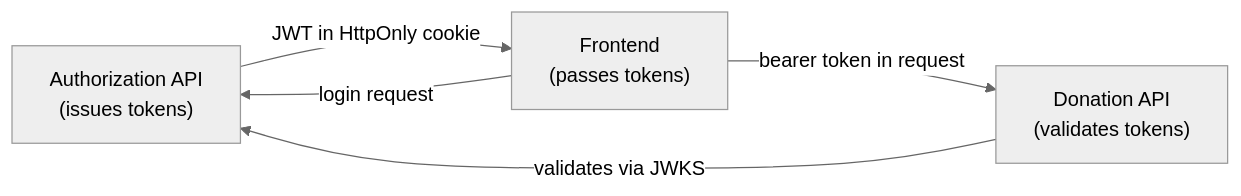
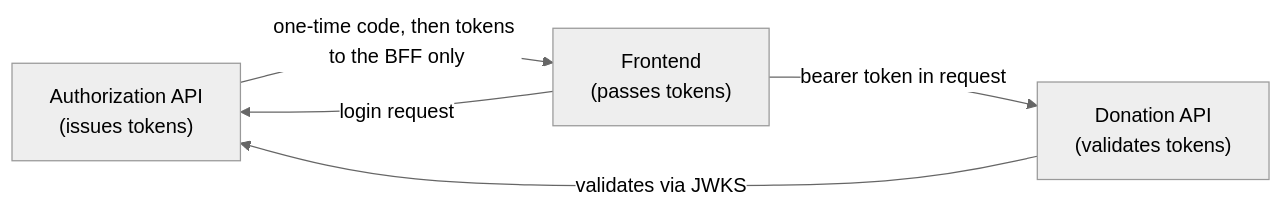
The diagram in docs/target/authorization-and-roles.md (wouterfennis/TimeForCode), drawn with Mermaid (neutral theme) before and after one commit. The commit also changed 153 other files, not shown here.

Commit message:
feat(frontend): move the browser session from the Authorization API to the BFF (#194) (#200)

````diff
--- a/docs/target/authorization-and-roles.md
+++ b/docs/target/authorization-and-roles.md
@@ -118,11 +118,11 @@
 ```mermaid
 graph LR
     AuthAPI["Authorization API\n(issues tokens)"]
     DonationAPI["Donation API\n(validates tokens)"]
     Frontend["Frontend\n(passes tokens)"]
 
     Frontend -->|login request| AuthAPI
-    AuthAPI -->|JWT in HttpOnly cookie| Frontend
+    AuthAPI -->|one-time code, then tokens to the BFF only| Frontend
     Frontend -->|bearer token in request| DonationAPI
     DonationAPI -->|validates via JWKS| AuthAPI
 ```
````
